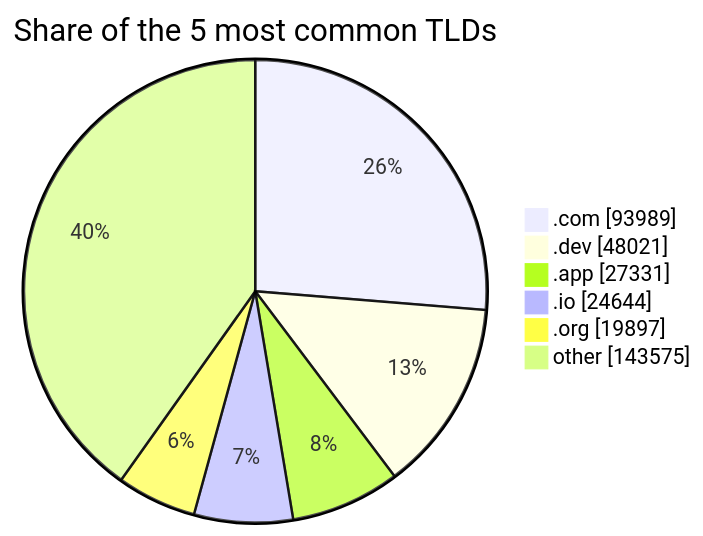
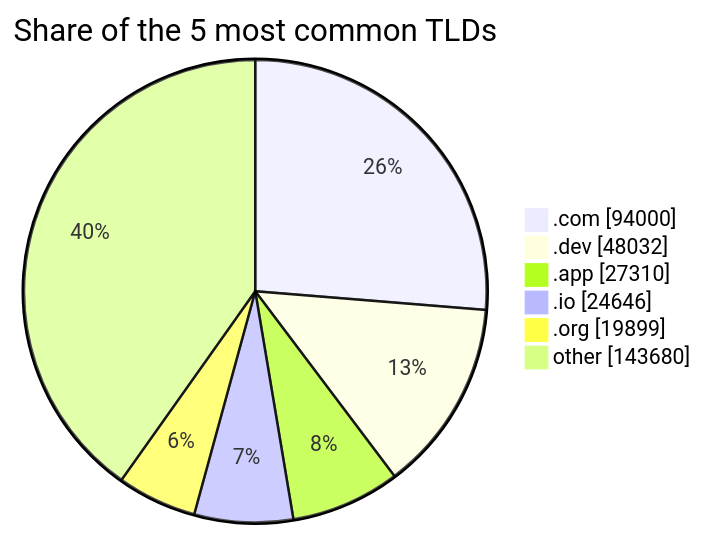
Before and after one commit to DNSBunker/CTI: the third of 3 diagrams in README.md, drawn with Mermaid. The commit also changed other lines of this file and 3 other files, not shown here.

````diff
--- a/README.md
+++ b/README.md
@@ -81,9 +81,9 @@
 ```mermaid
 pie showData title Share of the 5 most common TLDs
-    ".com" : 93989
-    ".dev" : 48021
-    ".app" : 27331
-    ".io" : 24644
-    ".org" : 19897
-    "other" : 143575
+    ".com" : 94000
+    ".dev" : 48032
+    ".app" : 27310
+    ".io" : 24646
+    ".org" : 19899
+    "other" : 143680
 ```
````
